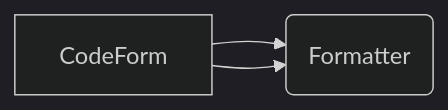
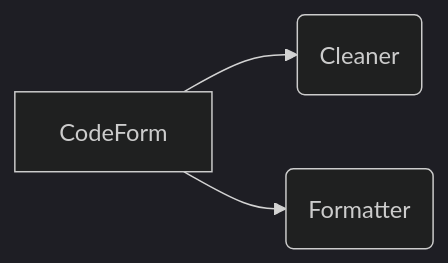
The diagram in README.md (armita-teymuri/CodeForm), drawn with Mermaid (dark theme) before and after one commit.

````diff
--- a/README.md
+++ b/README.md
@@ -5,6 +5,6 @@
 ```mermaid
 flowchart LR
 
-CF[CodeForm] --> B(Cleaner)
-CF[CodeForm] --> B(Formatter)
+CF[CodeForm] --> | |C(Cleaner)
+CF[CodeForm] --> | |F(Formatter)
 ```
````
